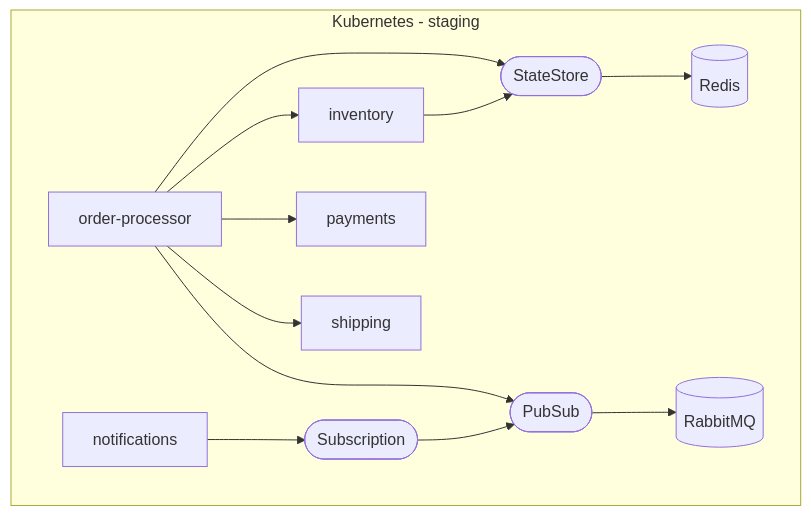
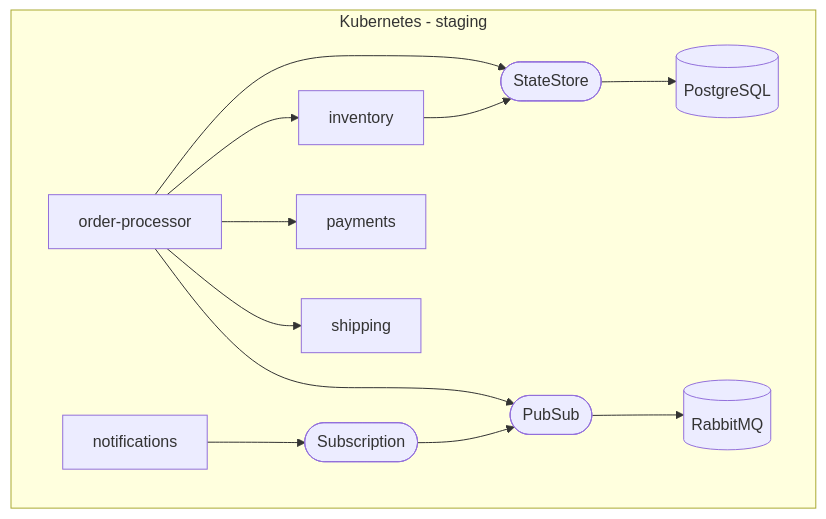
Before and after one commit to kendallroden/kubecon-dapr-score-demo: the fourth of 5 diagrams in score-demo.md, drawn with Mermaid. The commit also changed other lines of this file and 2 other files, not shown here.

Commit message:
postgres-dapr-state-store-with-actor-k8s.provisioners.yaml

````diff
--- a/score-demo.md
+++ b/score-demo.md
@@ -244,12 +251,12 @@
 ```mermaid
 flowchart TD
     subgraph Kubernetes - staging
-        inventory-->state-store([StateStore])-->redis-statestore[(Redis)]
+        inventory-->state-store([StateStore])-->postgres-statestore[(PostgreSQL)]
         notifications-->subscription([Subscription])-->pubsub([PubSub])
         order-processor-->state-store
         order-processor-->pubsub-->redis-pubsub[(RabbitMQ)]
         order-processor-->inventory
         order-processor-->payments
         order-processor-->shipping
     end
 ```
````
